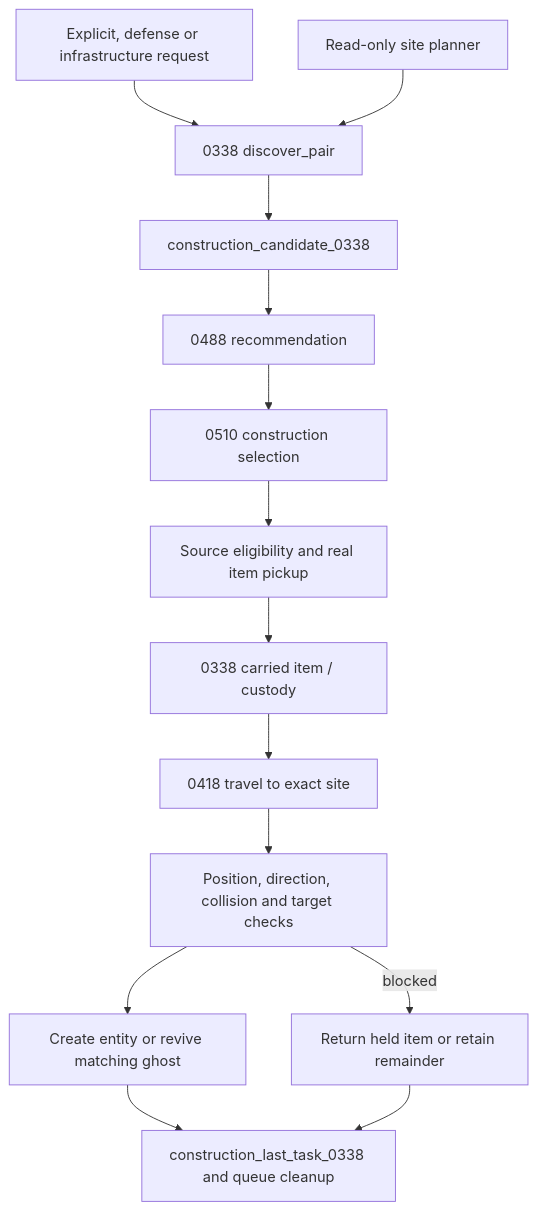
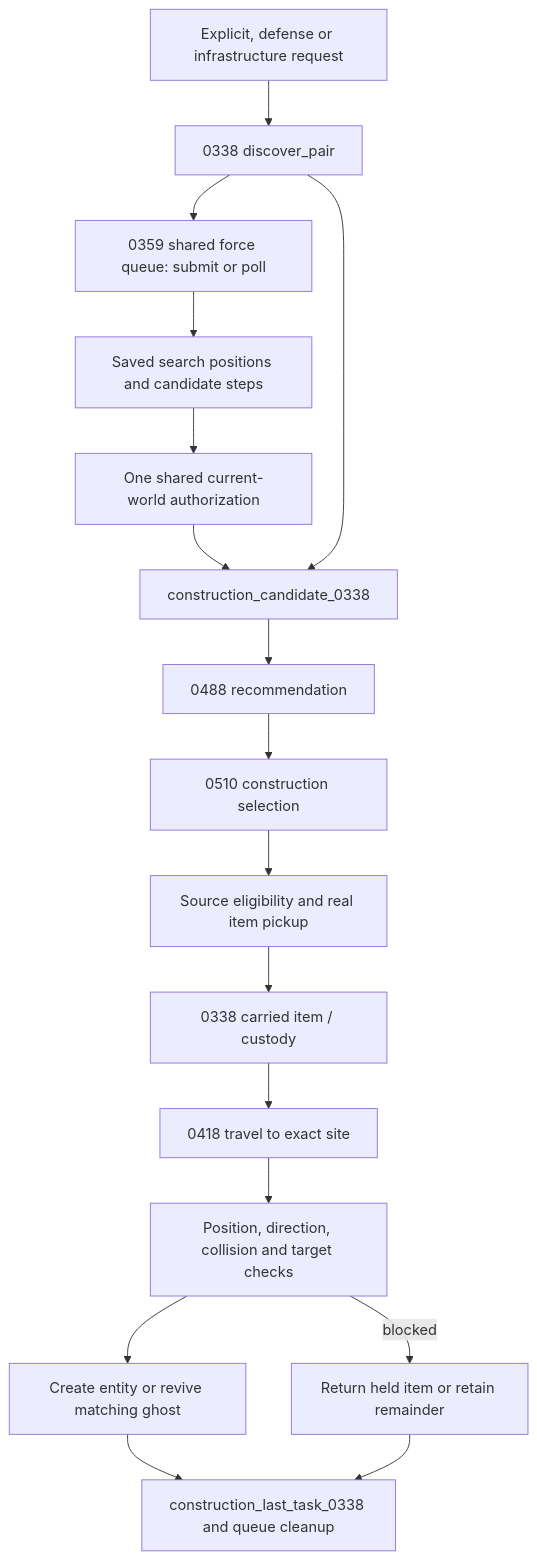
Before and after one commit to mrcalzon02/Tech-Priests: the first of 2 diagrams in docs/BEHAVIOR_MERMAID_FUNCTION_DRILLDOWN_0665_CONSTRUCTION.md, drawn with Mermaid. The commit also changed other lines of this file and 66 other files, not shown here.

First line of the commit message:
perf: resume force planning and placement in bounded saved steps

````diff
--- a/docs/BEHAVIOR_MERMAID_FUNCTION_DRILLDOWN_0665_CONSTRUCTION.md
+++ b/docs/BEHAVIOR_MERMAID_FUNCTION_DRILLDOWN_0665_CONSTRUCTION.md
@@ -15,16 +15,19 @@
 ```mermaid
 flowchart TD
     Request["Explicit, defense or infrastructure request"] --> Discover["0338 discover_pair"]
-    Site["Read-only site planner"] --> Discover
+    Discover --> Queue["0359 shared force queue: submit or poll"]
+    Queue --> Site["Saved search positions and candidate steps"]
+    Site --> Live["One shared current-world authorization"]
+    Live --> Candidate
     Discover --> Candidate["construction_candidate_0338"]
     Candidate --> Classify["0488 recommendation"]
     Classify --> Dispatch["0510 construction selection"]
     Dispatch --> Source["Source eligibility and real item pickup"]
     Source --> Custody["0338 carried item / custody"]
     Custody --> Move["0418 travel to exact site"]
     Move --> Revalidate["Position, direction, collision and target checks"]
     Revalidate --> Build["Create entity or revive matching ghost"]
     Revalidate -->|"blocked"| Return["Return held item or retain remainder"]
     Build --> Finish["construction_last_task_0338 and queue cleanup"]
     Return --> Finish
 ```
````
